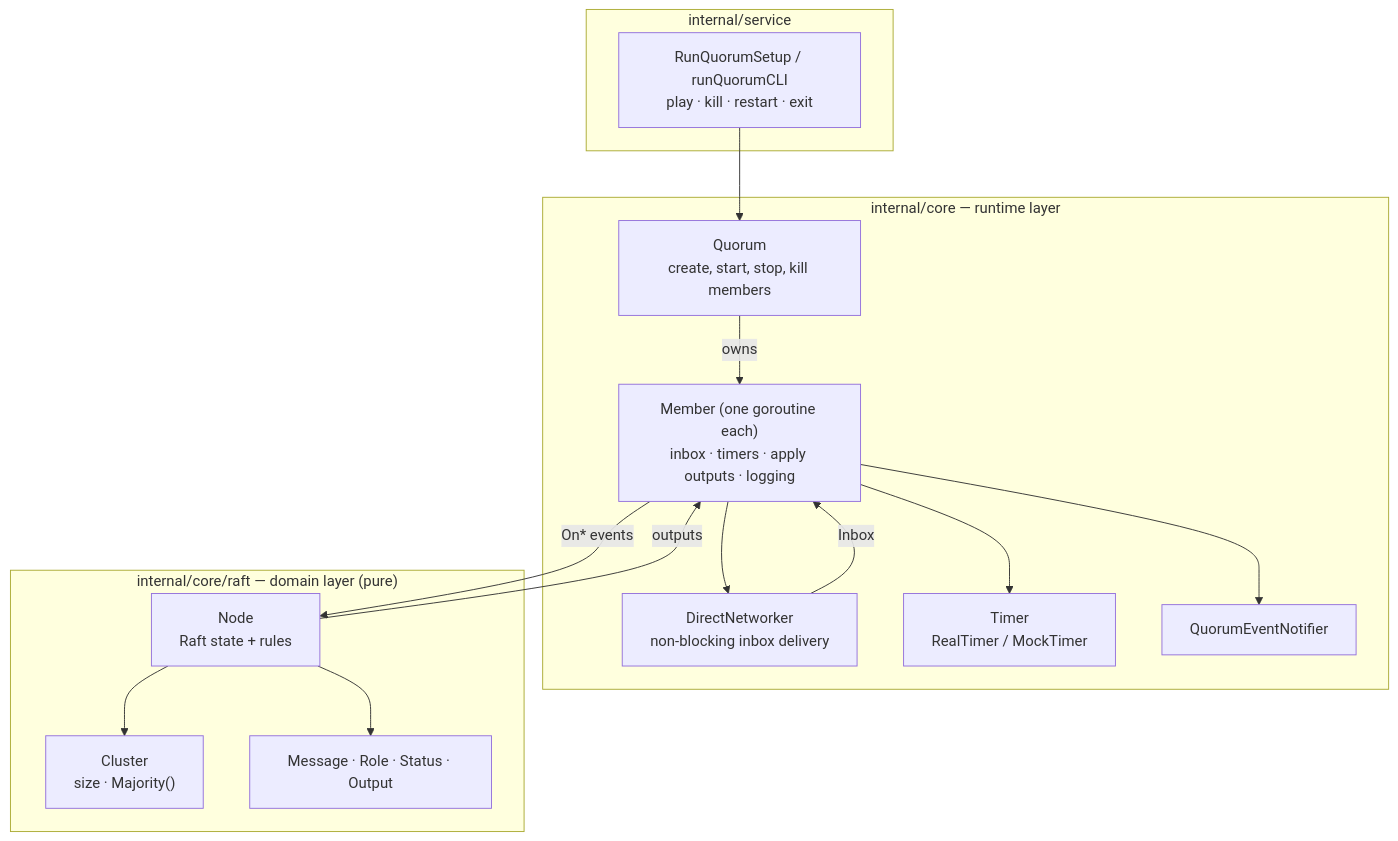
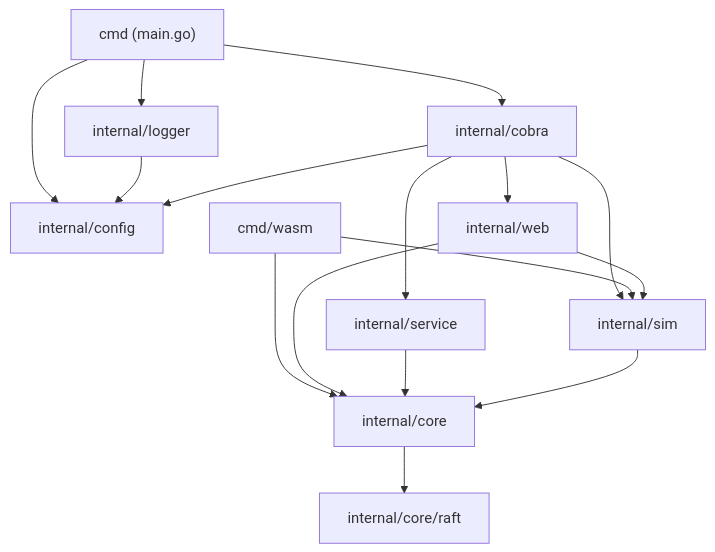
Before and after one commit to yusaanthya/quorum-election-simulator: the first of 3 diagrams in docs/architecture.md, drawn with Mermaid. The commit also changed other lines of this file and 11 other files, not shown here.

````diff
--- a/docs/architecture.md
+++ b/docs/architecture.md
@@ -12,31 +12,18 @@
 ```mermaid
 flowchart TB
-    subgraph service["internal/service"]
-        CLI["RunQuorumSetup / runQuorumCLI<br/>play · kill · restart · exit"]
-    end
-
-    subgraph core["internal/core — runtime layer"]
-        Q["Quorum<br/>create, start, stop, kill members"]
-        M["Member (one goroutine each)<br/>inbox · timers · apply outputs · logging"]
-        NET["DirectNetworker<br/>non-blocking inbox delivery"]
-        T["Timer<br/>RealTimer / MockTimer"]
-        N["QuorumEventNotifier"]
-    end
-
-    subgraph raft["internal/core/raft — domain layer (pure)"]
-        NODE["Node<br/>Raft state + rules"]
-        CL["Cluster<br/>size · Majority()"]
-        TYPES["Message · Role · Status · Output"]
-    end
-
-    CLI --> Q
-    Q -->|owns| M
-    M -->|On* events| NODE
-    NODE -->|outputs| M
-    M --> NET
-    M --> T
-    M --> N
-    NET -->|Inbox| M
-    NODE --> CL
-    NODE --> TYPES
+    main["cmd (main.go)"] --> cobra["internal/cobra"]
+    main --> logger["internal/logger"]
+    main --> config["internal/config"]
+    logger --> config
+    cobra --> config
+    cobra --> service["internal/service"]
+    cobra --> web["internal/web"]
+    cobra --> sim["internal/sim"]
+    wasm["cmd/wasm"] --> sim
+    wasm --> core["internal/core"]
+    web --> sim
+    web --> core
+    service --> core
+    sim --> core
+    core --> raft["internal/core/raft"]
 ```
````
